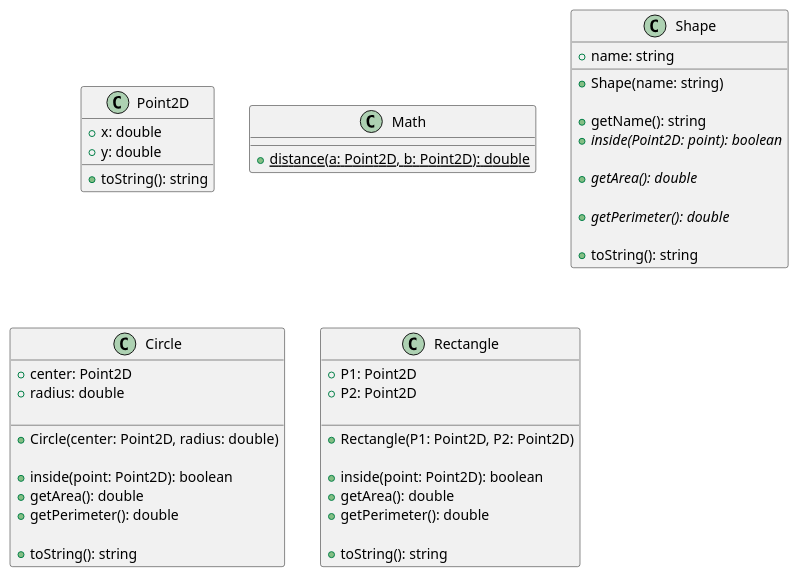
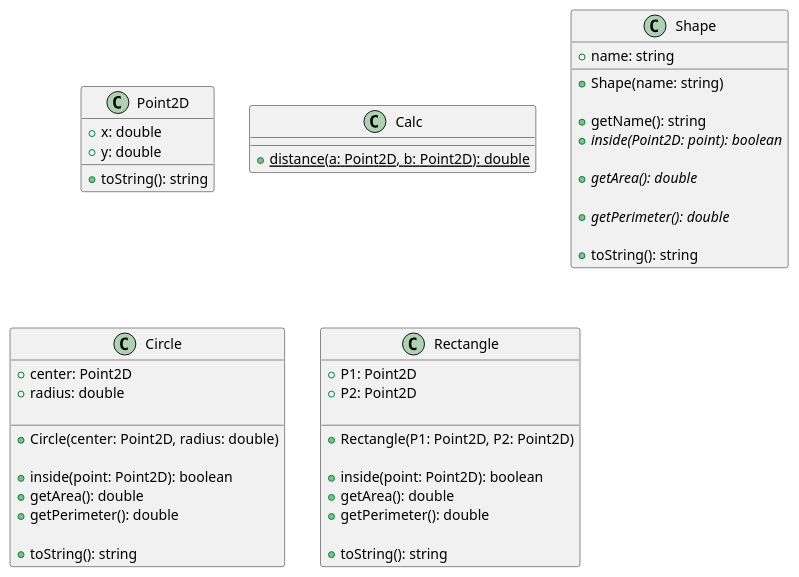
The diagram in base/047/.cache/Readme.md (qxcodepoo/arcade), drawn with PlantUML before and after one commit. The commit also changed 4 other files, not shown here.

```diff
--- a/base/047/.cache/Readme.md
+++ b/base/047/.cache/Readme.md
@@ -38,7 +38,7 @@
     + toString(): string
 }
 
-class Math {
+class Calc {
     ' método estático para calcular a distância entre dois pontos
     + {static} distance(a: Point2D, b: Point2D): double
 }
```
